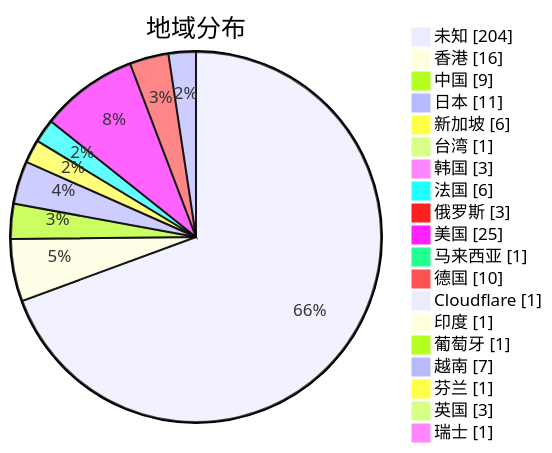
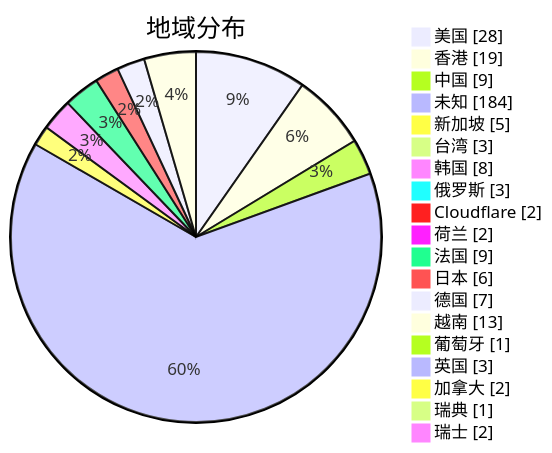
Before and after one commit to sinspired/airport: the second of 3 diagrams in subs/statistics/tested_within.md, drawn with Mermaid. The commit also changed other lines of this file and 2 other files, not shown here.

Commit message:
Committed by metaST

````diff
--- a/subs/statistics/tested_within.md
+++ b/subs/statistics/tested_within.md
@@ -14,23 +14,23 @@
 ```mermaid
 pie showData
 title 地域分布
-"未知" : 204
-"香港" : 16
+"美国" : 28
+"香港" : 19
 "中国" : 9
-"日本" : 11
-"新加坡" : 6
-"台湾" : 1
-"韩国" : 3
-"法国" : 6
+"未知" : 184
+"新加坡" : 5
+"台湾" : 3
+"韩国" : 8
 "俄罗斯" : 3
-"美国" : 25
-"马来西亚" : 1
-"德国" : 10
-"Cloudflare" : 1
-"印度" : 1
+"Cloudflare" : 2
+"荷兰" : 2
+"法国" : 9
+"日本" : 6
+"德国" : 7
+"越南" : 13
 "葡萄牙" : 1
-"越南" : 7
-"芬兰" : 1
 "英国" : 3
-"瑞士" : 1
+"加拿大" : 2
+"瑞典" : 1
+"瑞士" : 2
 ```
````
